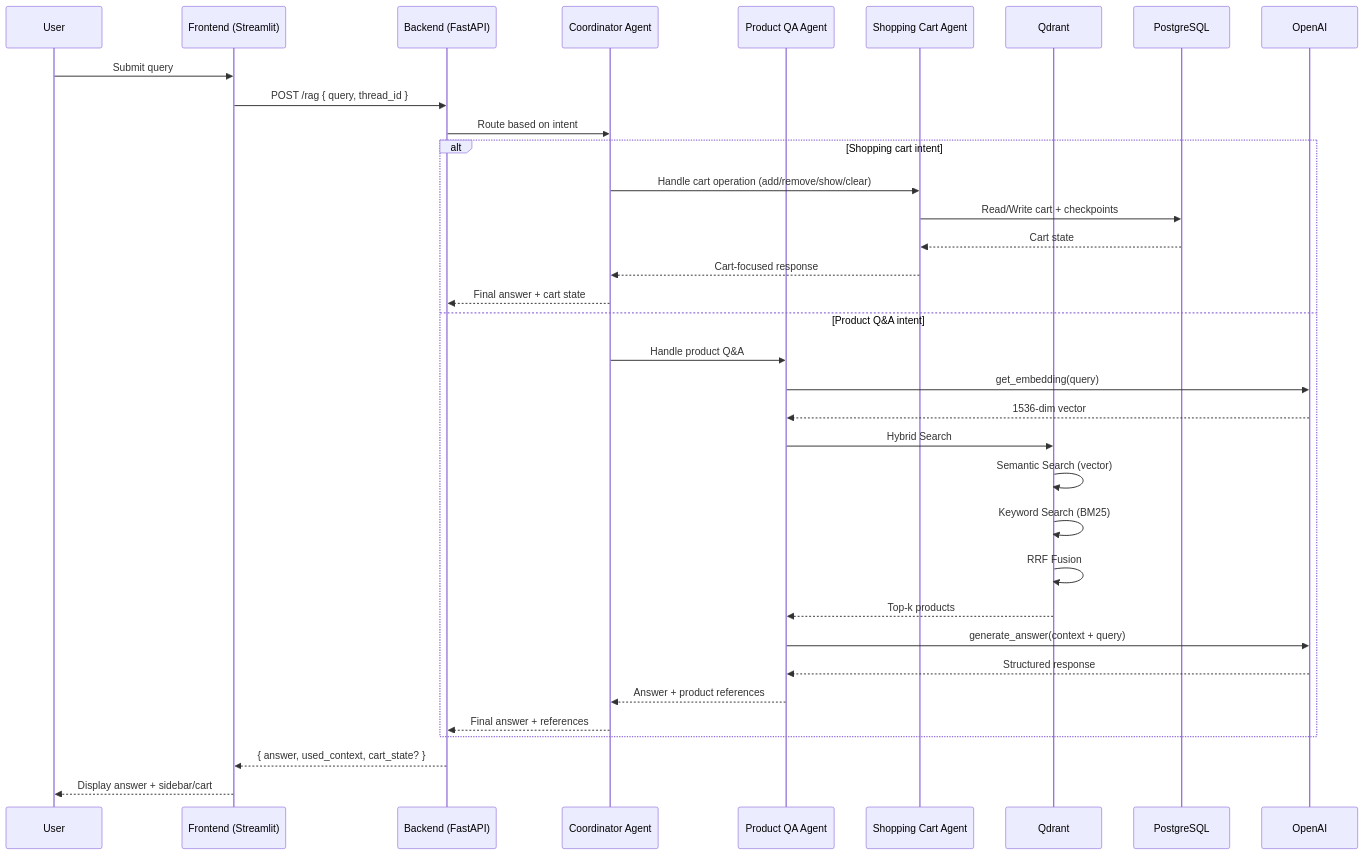
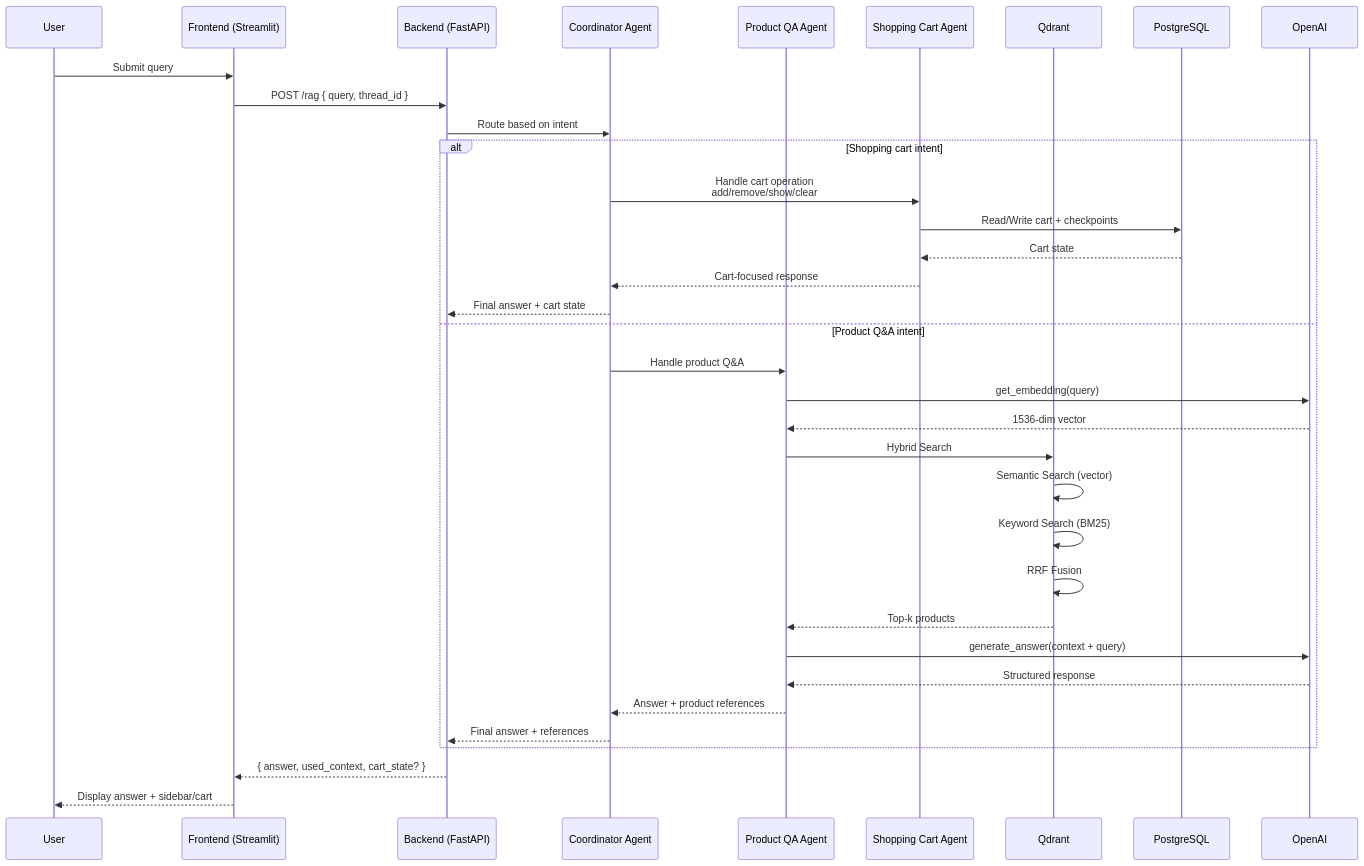
The third of 3 diagrams in README.md (pr-bansod/AI-Powered-Amazon-Product-Assistant), drawn with Mermaid before and after one commit. The commit also changed other lines of this file, not shown here.

````diff
--- a/README.md
+++ b/README.md
@@ -389,41 +389,41 @@
 ```mermaid
 sequenceDiagram
     participant User
     participant Frontend as Frontend (Streamlit)
     participant Backend as Backend (FastAPI)
     participant Coord as Coordinator Agent
     participant QA as Product QA Agent
     participant Cart as Shopping Cart Agent
     participant Qdrant
     participant PG as PostgreSQL
     participant OpenAI
 
     User->>Frontend: Submit query
     Frontend->>Backend: POST /rag { query, thread_id }
 
     Backend->>Coord: Route based on intent
 
     alt Shopping cart intent
-        Coord->>Cart: Handle cart operation (add/remove/show/clear)
+        Coord->>Cart: Handle cart operation<br/>add/remove/show/clear
         Cart->>PG: Read/Write cart + checkpoints
         PG-->>Cart: Cart state
         Cart-->>Coord: Cart-focused response
         Coord-->>Backend: Final answer + cart state
     else Product Q&A intent
         Coord->>QA: Handle product Q&A
         QA->>OpenAI: get_embedding(query)
         OpenAI-->>QA: 1536-dim vector
         QA->>Qdrant: Hybrid Search
         Qdrant->>Qdrant: Semantic Search (vector)
         Qdrant->>Qdrant: Keyword Search (BM25)
         Qdrant->>Qdrant: RRF Fusion
         Qdrant-->>QA: Top-k products
         QA->>OpenAI: generate_answer(context + query)
         OpenAI-->>QA: Structured response
         QA-->>Coord: Answer + product references
         Coord-->>Backend: Final answer + references
     end
 
     Backend-->>Frontend: { answer, used_context, cart_state? }
     Frontend-->>User: Display answer + sidebar/cart
 ```
````
